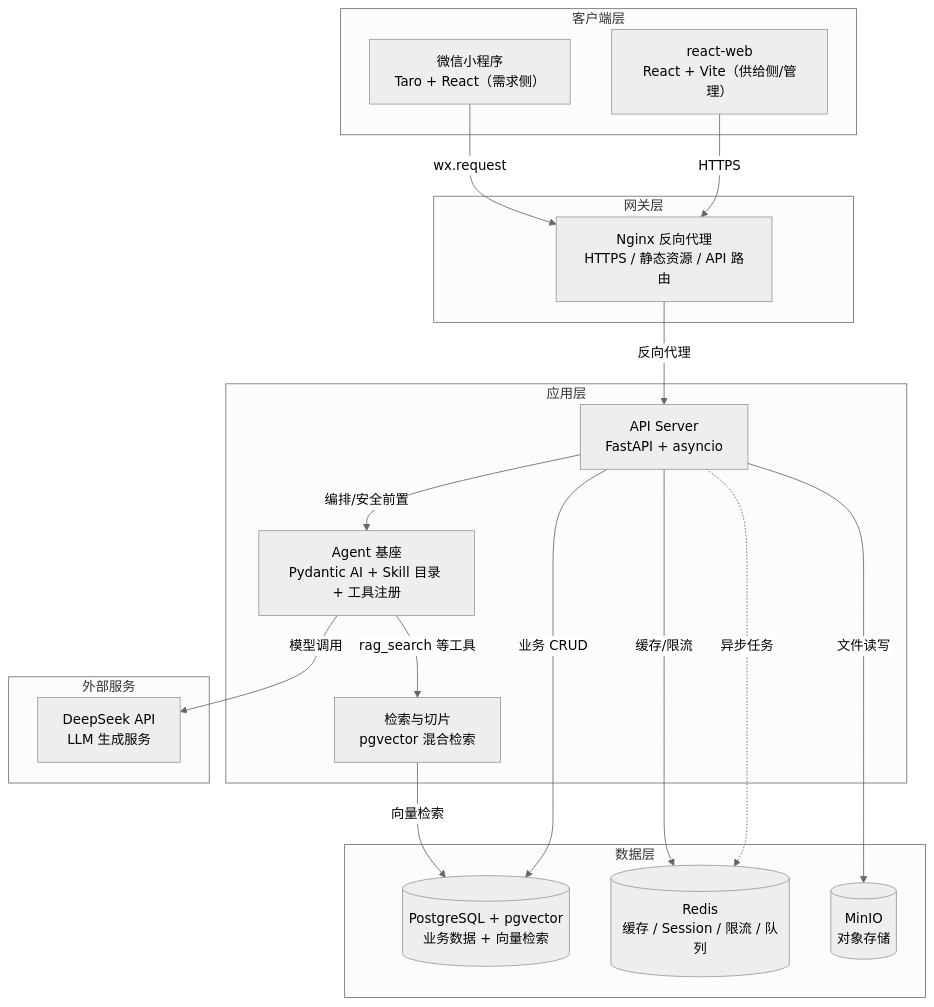
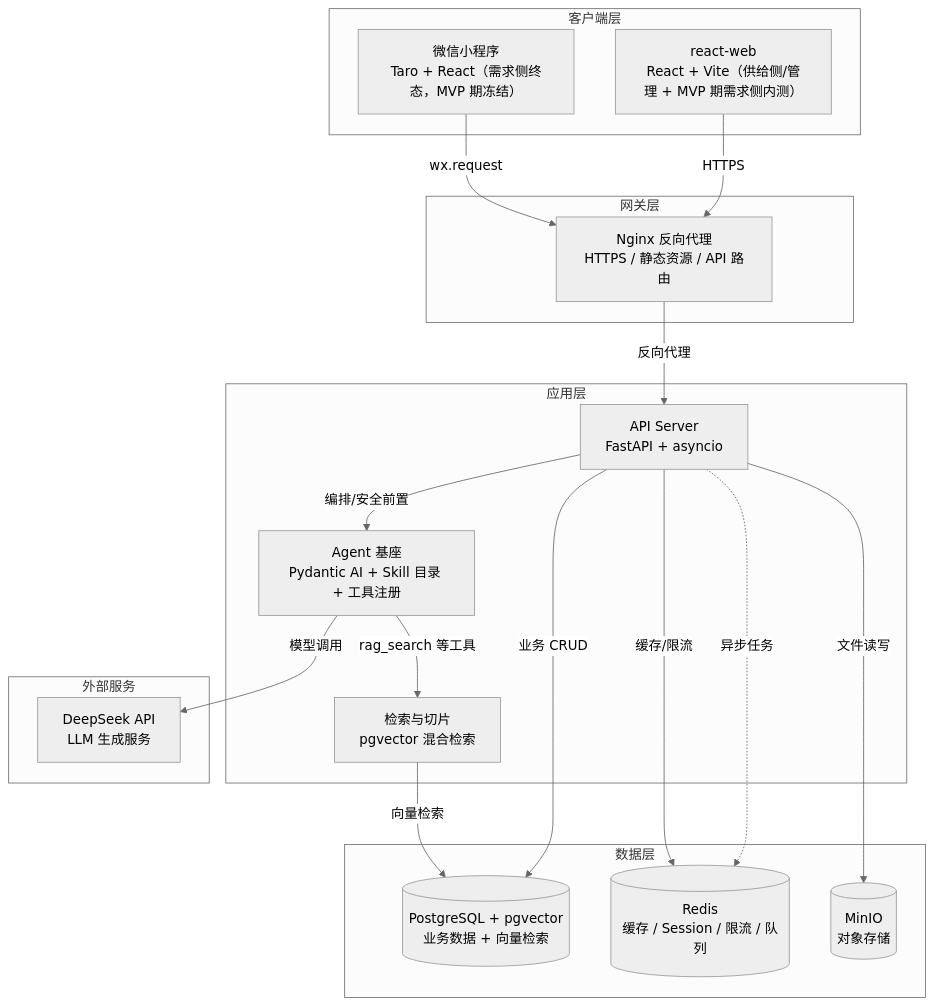
Before and after one commit to FengZhiHen1/campfire-ai-public: the diagram in docs/技术设计/总体架构.md, drawn with Mermaid (neutral theme). The commit also changed other lines of this file and 15 other files, not shown here.

````diff
--- a/docs/技术设计/总体架构.md
+++ b/docs/技术设计/总体架构.md
@@ -61,39 +61,39 @@
 ```mermaid
 graph TB
     subgraph 客户端层
-        MP[微信小程序<br/>Taro + React（需求侧）]
-        WEB[react-web<br/>React + Vite（供给侧/管理）]
+        MP[微信小程序<br/>Taro + React（需求侧终态，MVP 期冻结）]
+        WEB[react-web<br/>React + Vite（供给侧/管理 + MVP 期需求侧内测）]
     end
 
     subgraph 网关层
         Nginx[Nginx 反向代理<br/>HTTPS / 静态资源 / API 路由]
     end
 
     subgraph 应用层
         API[API Server<br/>FastAPI + asyncio]
         AGENT[Agent 基座<br/>Pydantic AI + Skill 目录 + 工具注册]
         RAG[检索与切片<br/>pgvector 混合检索]
     end
 
     subgraph 数据层
         PG[(PostgreSQL + pgvector<br/>业务数据 + 向量检索)]
         Redis[(Redis<br/>缓存 / Session / 限流 / 队列)]
         MinIO[(MinIO<br/>对象存储)]
     end
 
     subgraph 外部服务
         DS[DeepSeek API<br/>LLM 生成服务]
     end
 
     MP -->|wx.request| Nginx
     WEB -->|HTTPS| Nginx
     Nginx -->|反向代理| API
     API -->|编排/安全前置| AGENT
     AGENT -->|rag_search 等工具| RAG
     AGENT -->|模型调用| DS
     RAG -->|向量检索| PG
     API -->|业务 CRUD| PG
     API -->|缓存/限流| Redis
     API -->|文件读写| MinIO
     API -.->|异步任务| Redis
 ```
````
